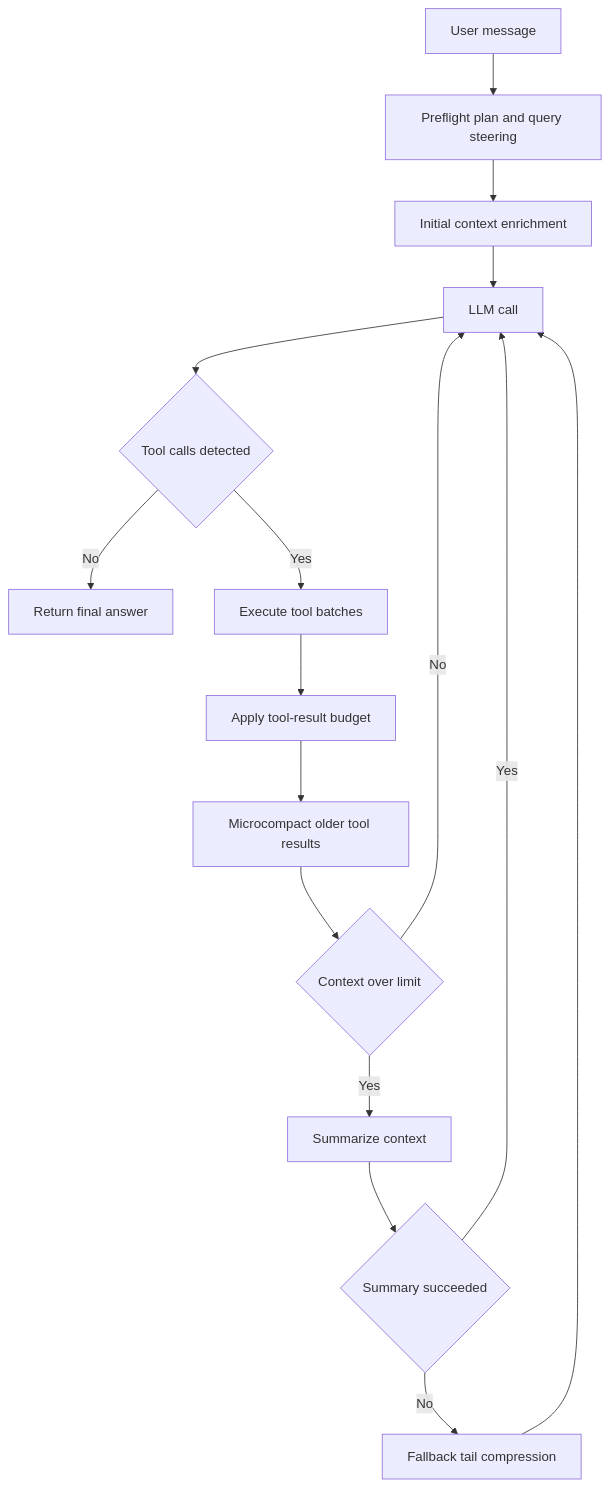
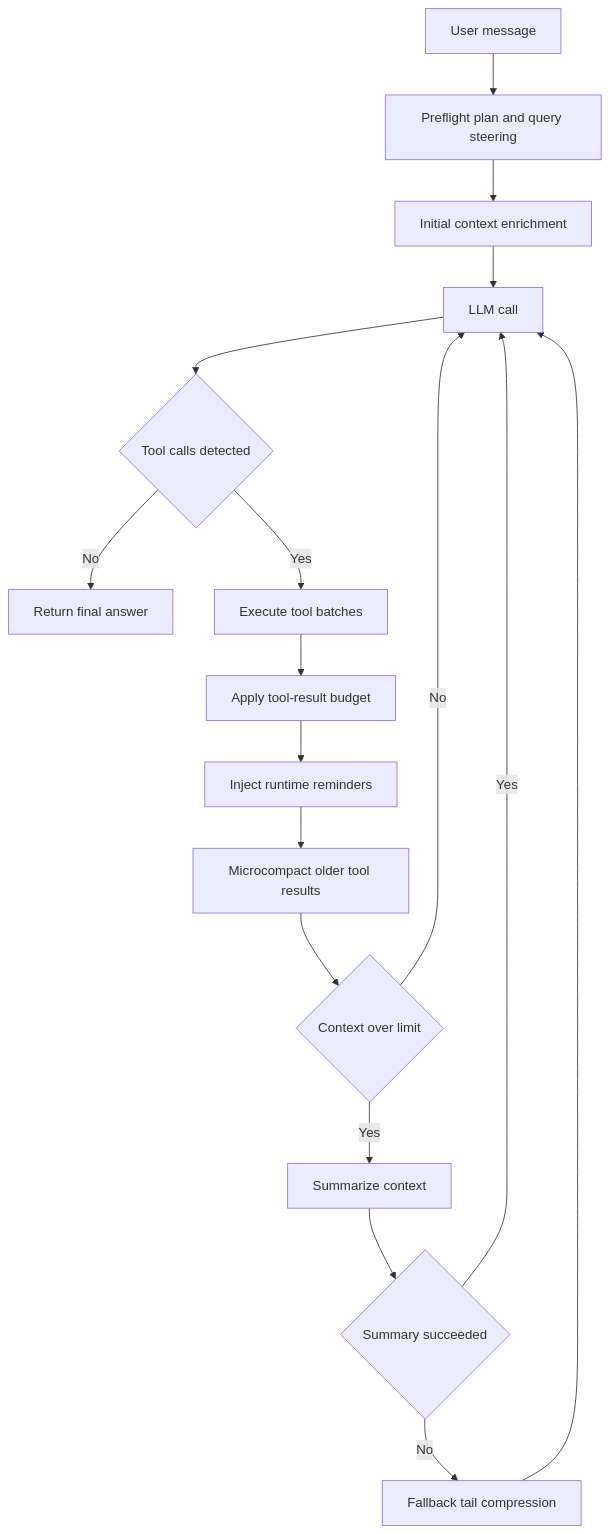
One commit to samuelishida/js-agent changed the diagram in README.md. Above: the diagram before and after it, drawn with Mermaid. The commit also changed other lines of this file and 29 other files, not shown here.

````diff
--- a/README.md
+++ b/README.md
@@ -17,18 +18,19 @@
 ```mermaid
 flowchart TD
    U[User message] --> P[Preflight plan and query steering]
    P --> I[Initial context enrichment]
    I --> L[LLM call]
    L --> T{Tool calls detected}
    T -- No --> A[Return final answer]
    T -- Yes --> X[Execute tool batches]
    X --> B[Apply tool-result budget]
-   B --> M[Microcompact older tool results]
+   B --> N[Inject runtime reminders]
+   N --> M[Microcompact older tool results]
    M --> C{Context over limit}
    C -- No --> L
    C -- Yes --> S[Summarize context]
-   S --> R{Summary succeeded}
-   R -- Yes --> L
-   R -- No --> F[Fallback tail compression]
+   S --> Q{Summary succeeded}
+   Q -- Yes --> L
+   Q -- No --> F[Fallback tail compression]
    F --> L
 ```
````
